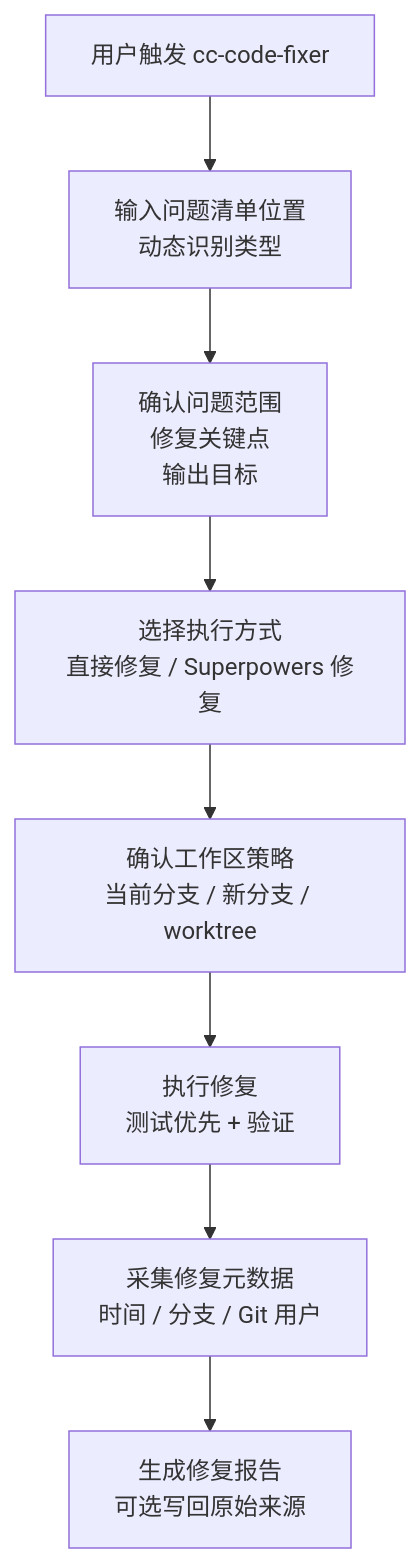
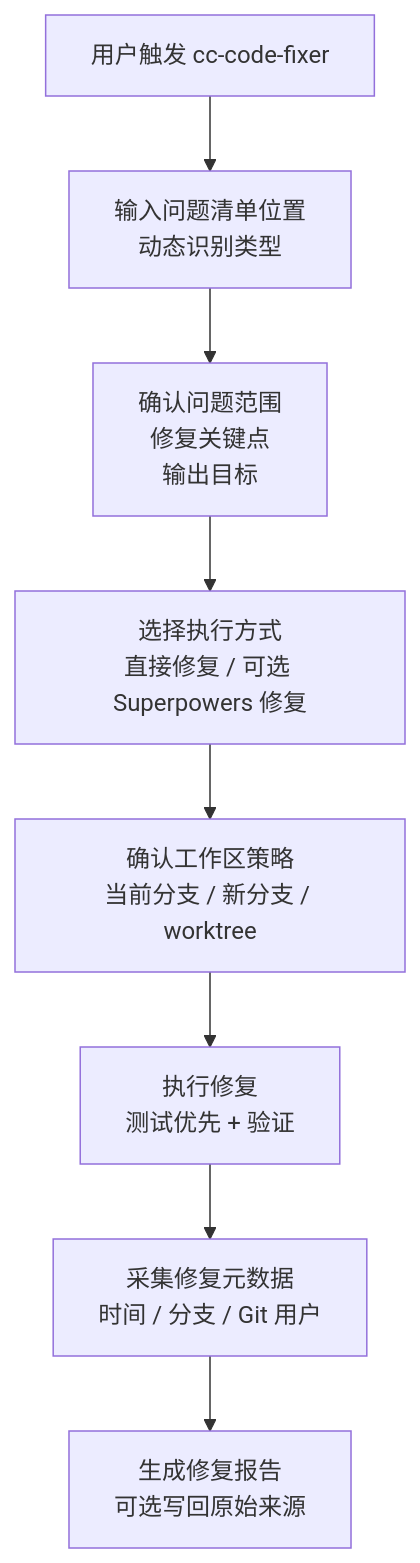
The third of 3 diagrams in README.md (ataskite/cc-code-reviewer), drawn with Mermaid before and after one commit. The commit also changed other lines of this file and 6 other files, not shown here.

Commit message:
docs: refresh architecture for 1.2.0

````diff
--- a/README.md
+++ b/README.md
@@ -84,19 +84,19 @@
 ```mermaid
 flowchart TD
     Start["用户触发 cc-code-fixer"]
     Source["输入问题清单位置<br/>动态识别类型"]
     Confirm["确认问题范围<br/>修复关键点<br/>输出目标"]
-    Route["选择执行方式<br/>直接修复 / Superpowers 修复"]
+    Route["选择执行方式<br/>直接修复 / 可选 Superpowers 修复"]
     Workspace["确认工作区策略<br/>当前分支 / 新分支 / worktree"]
     Repair["执行修复<br/>测试优先 + 验证"]
     Metadata["采集修复元数据<br/>时间 / 分支 / Git 用户"]
     Output["生成修复报告<br/>可选写回原始来源"]
 
     Start --> Source
     Source --> Confirm
     Confirm --> Route
     Route --> Workspace
     Workspace --> Repair
     Repair --> Metadata
     Metadata --> Output
 ```
````
